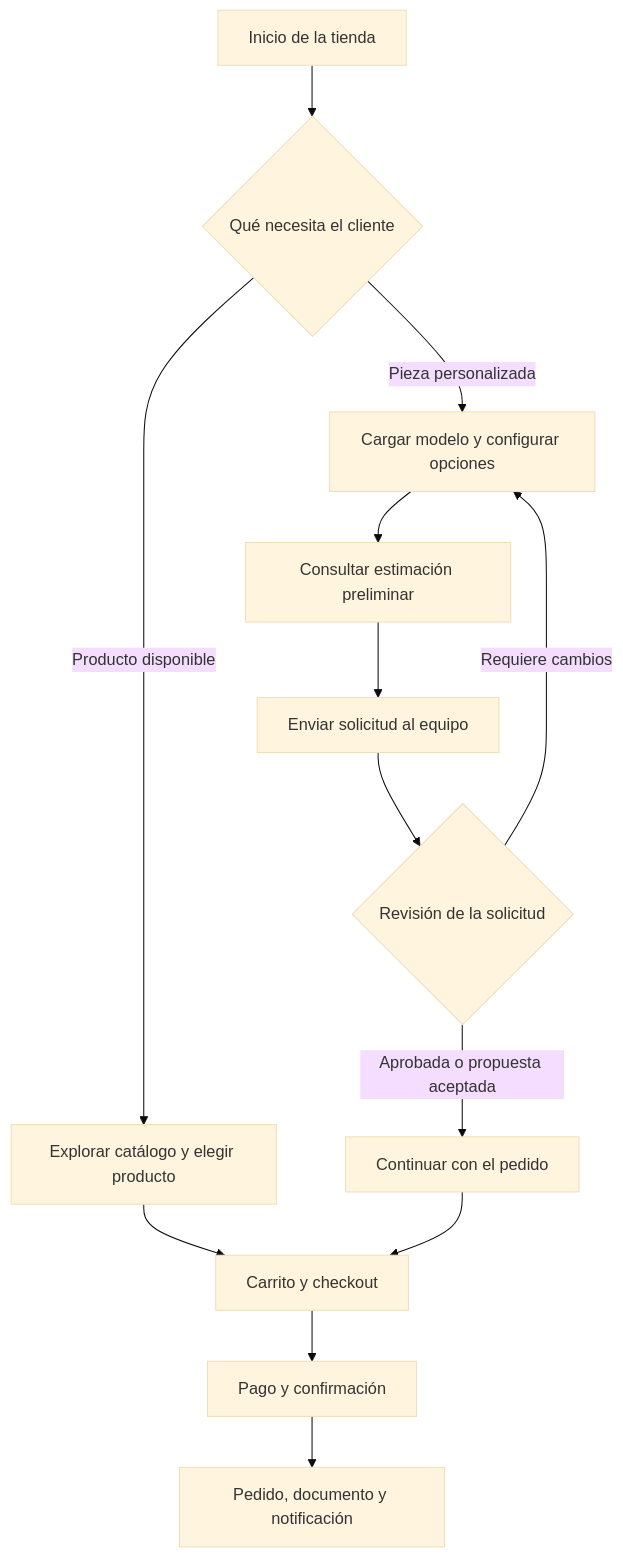
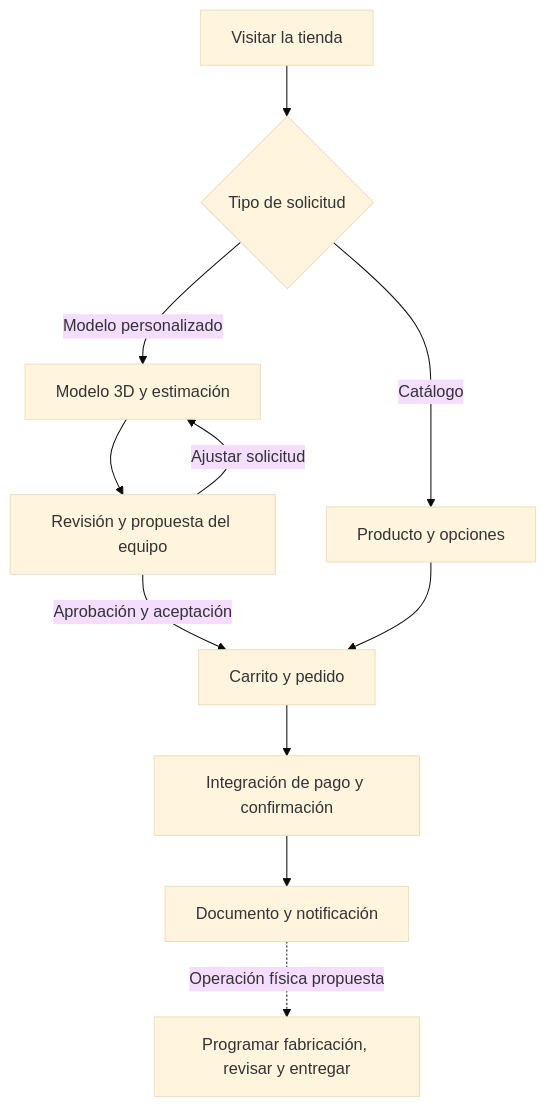
One commit to Eliasxgg/caso-ecommerce-3d changed the second of 3 diagrams in README.md. Above: the diagram before and after it, drawn with Mermaid (base theme). The commit also changed other lines of this file and 5 other files, not shown here.

Commit message:
Prioritize original VPS architecture and incorporate academic context

````diff
--- a/README.md
+++ b/README.md
@@ -23,15 +65,13 @@
 ```mermaid
 flowchart TD
-    A[Inicio de la tienda] --> B{Qué necesita el cliente}
-    B -->|Producto disponible| C[Explorar catálogo y elegir producto]
-    B -->|Pieza personalizada| D[Cargar modelo y configurar opciones]
-    D --> E[Consultar estimación preliminar]
-    E --> F[Enviar solicitud al equipo]
-    F --> G{Revisión de la solicitud}
-    G -->|Requiere cambios| D
-    G -->|Aprobada o propuesta aceptada| H[Continuar con el pedido]
-    C --> I[Carrito y checkout]
-    H --> I
-    I --> J[Pago y confirmación]
-    J --> K[Pedido, documento y notificación]
+    A["Visitar la tienda"] --> B{"Tipo de solicitud"}
+    B -->|Catálogo| C["Producto y opciones"]
+    B -->|Modelo personalizado| D["Modelo 3D y estimación"]
+    D --> E["Revisión y propuesta del equipo"]
+    E -->|Aprobación y aceptación| F["Carrito y pedido"]
+    E -->|Ajustar solicitud| D
+    C --> F
+    F --> G["Integración de pago y confirmación"]
+    G --> H["Documento y notificación"]
+    H -. "Operación física propuesta" .-> I["Programar fabricación, revisar y entregar"]
 ```
````
